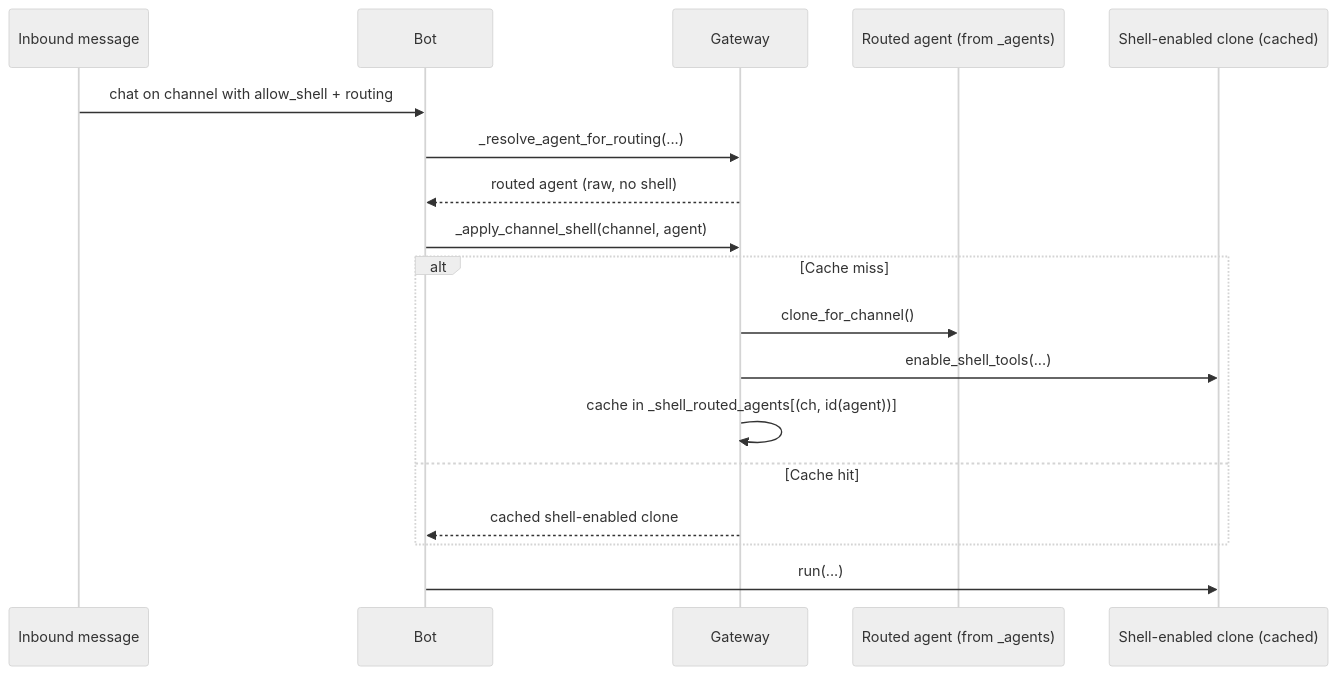
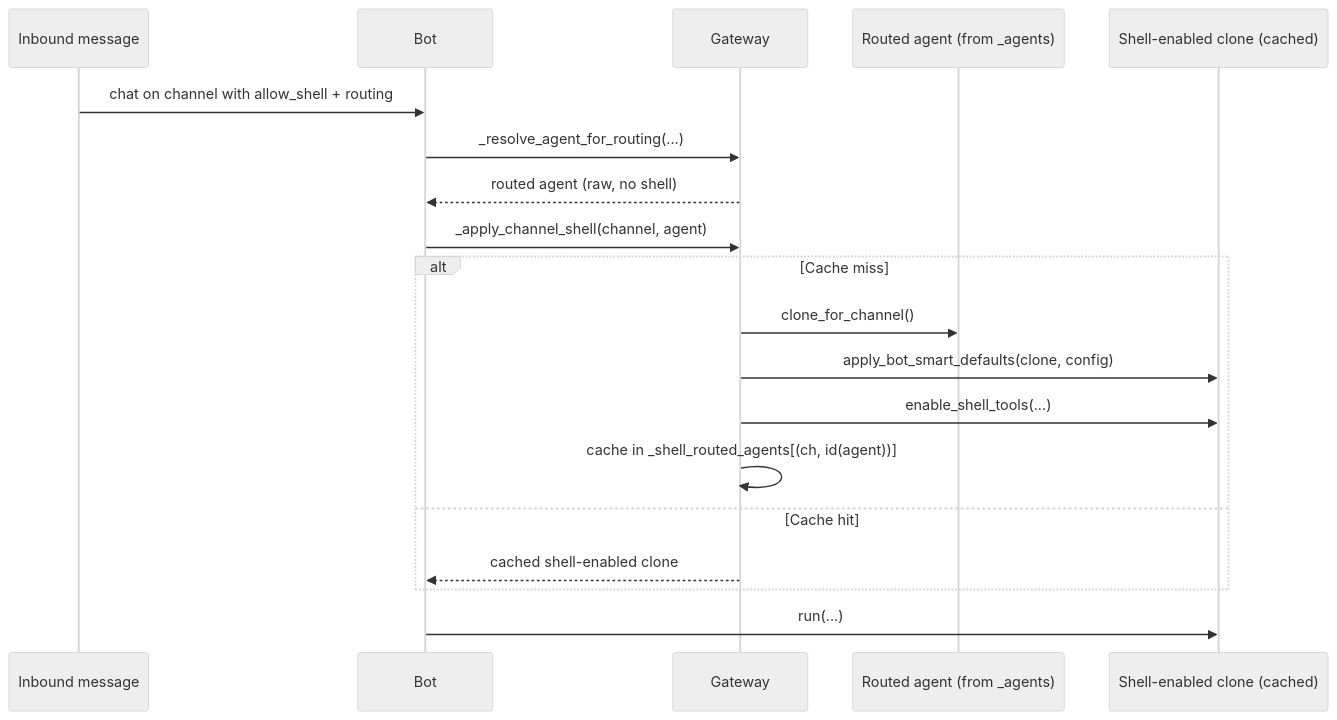
The fourth of 5 diagrams in docs/features/bot-shell-execution.mdx (MervinPraison/PraisonAIDocs), drawn with Mermaid (neutral theme) before and after one commit. The commit also changed other lines of this file and 6 other files, not shown here.

````diff
--- a/docs/features/bot-shell-execution.mdx
+++ b/docs/features/bot-shell-execution.mdx
@@ -188,21 +192,22 @@
 ```mermaid
 sequenceDiagram
     participant Msg as Inbound message
     participant Bot
     participant GW as Gateway
     participant RA as Routed agent (from _agents)
     participant Clone as Shell-enabled clone (cached)
 
     Msg->>Bot: chat on channel with allow_shell + routing
     Bot->>GW: _resolve_agent_for_routing(...)
     GW-->>Bot: routed agent (raw, no shell)
     Bot->>GW: _apply_channel_shell(channel, agent)
     alt Cache miss
         GW->>RA: clone_for_channel()
+        GW->>Clone: apply_bot_smart_defaults(clone, config)
         GW->>Clone: enable_shell_tools(...)
         GW->>GW: cache in _shell_routed_agents[(ch, id(agent))]
     else Cache hit
         GW-->>Bot: cached shell-enabled clone
     end
     Bot->>Clone: run(...)
 ```
````
